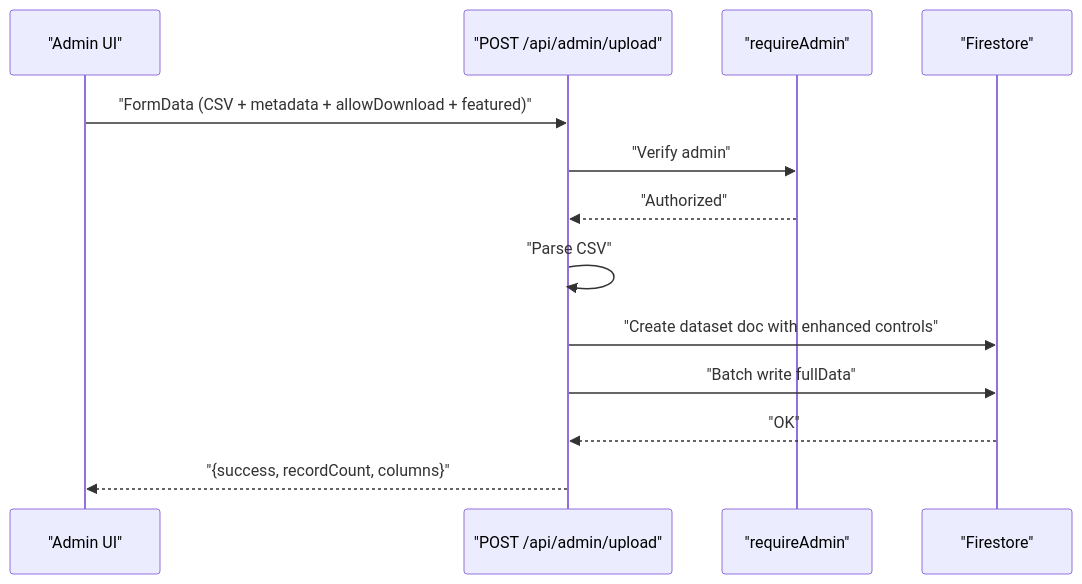
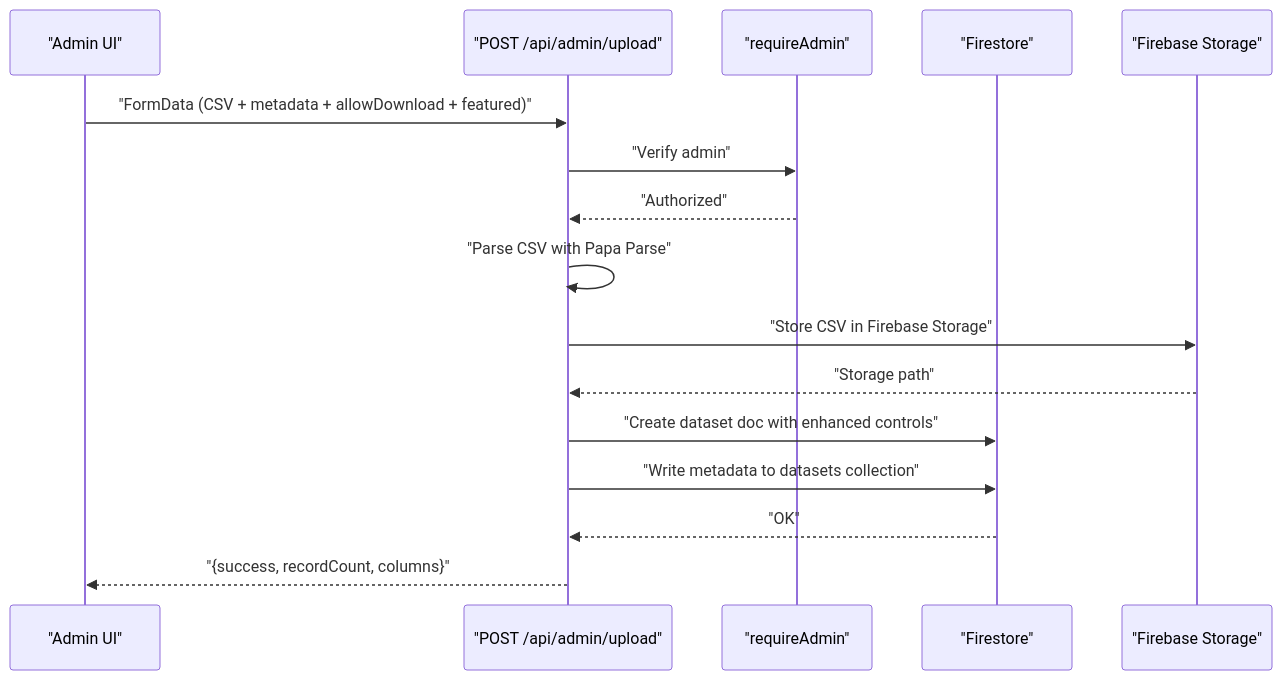
The fifth of 10 diagrams in .qoder/repowiki/en/content/Admin Panel/Admin Panel.md (alikizang/datafrica), drawn with Mermaid before and after one commit. The commit also changed other lines of this file and 21 other files, not shown here.

````diff
--- a/.qoder/repowiki/en/content/Admin Panel/Admin Panel.md
+++ b/.qoder/repowiki/en/content/Admin Panel/Admin Panel.md
@@ -226,15 +282,18 @@
 ```mermaid
 sequenceDiagram
 participant Admin as "Admin UI"
 participant API as "POST /api/admin/upload"
 participant MW as "requireAdmin"
 participant DB as "Firestore"
+participant Storage as "Firebase Storage"
 Admin->>API : "FormData (CSV + metadata + allowDownload + featured)"
 API->>MW : "Verify admin"
 MW-->>API : "Authorized"
-API->>API : "Parse CSV"
+API->>API : "Parse CSV with Papa Parse"
+API->>Storage : "Store CSV in Firebase Storage"
+Storage-->>API : "Storage path"
 API->>DB : "Create dataset doc with enhanced controls"
-API->>DB : "Batch write fullData"
+API->>DB : "Write metadata to datasets collection"
 DB-->>API : "OK"
 API-->>Admin : "{success, recordCount, columns}"
 ```
````
